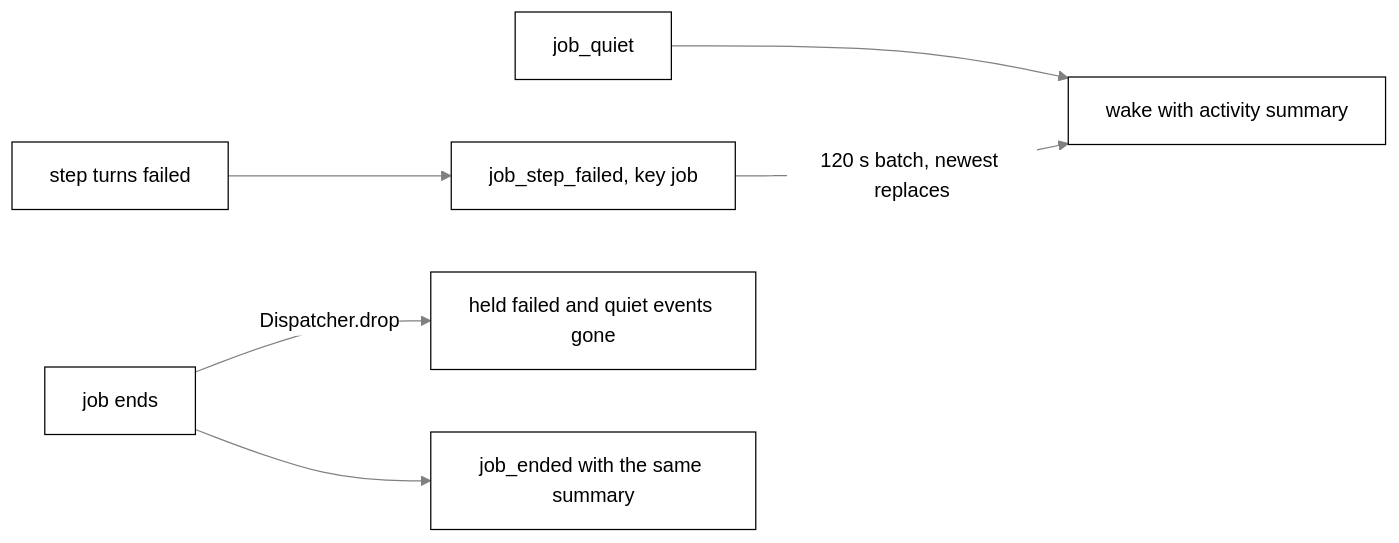
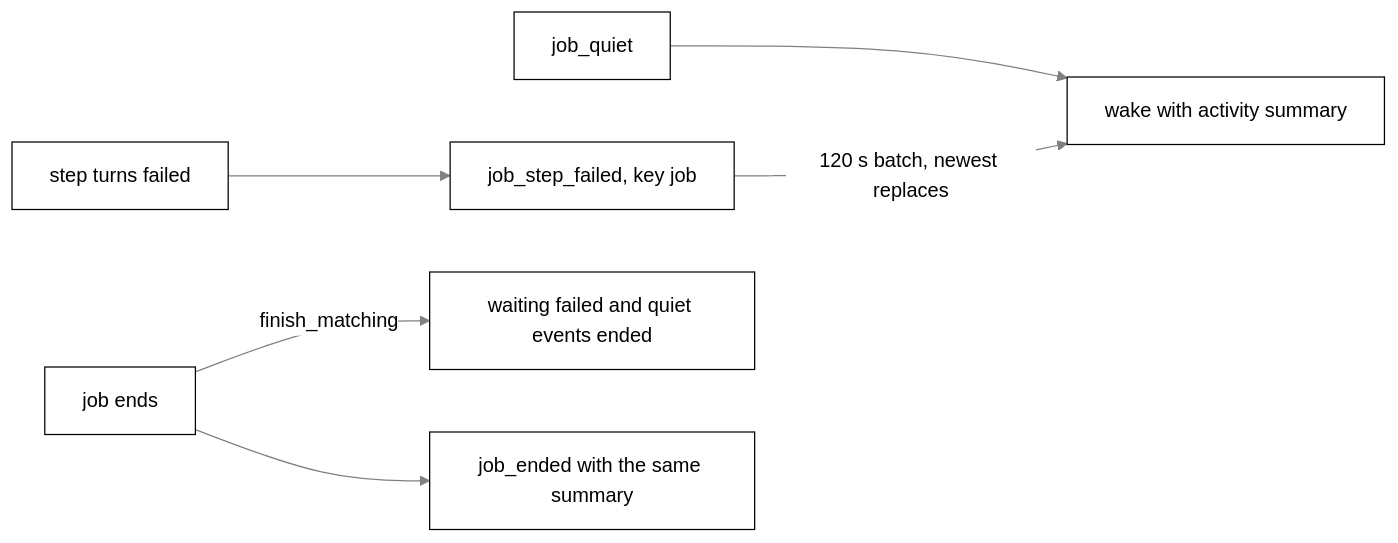
One commit to nadeem4/tagalong changed diagram 12 of 15 in docs/brain.md. Above: the diagram before and after it, drawn with Mermaid. The commit also changed other lines of this file and 49 other files, not shown here.

````diff
--- a/docs/brain.md
+++ b/docs/brain.md
@@ -1812,9 +1808,9 @@
 ```mermaid
 %%{init: {"theme": "base", "themeVariables": {"primaryColor": "#ffffff", "primaryTextColor": "#000000", "primaryBorderColor": "#000000", "lineColor": "#808080", "arrowheadColor": "#808080", "secondaryColor": "#f2f2f2", "tertiaryColor": "#ffffff", "clusterBkg": "#f7f7f7", "clusterBorder": "#808080", "edgeLabelBackground": "#ffffff", "titleColor": "#808080", "actorBkg": "#ffffff", "actorBorder": "#000000", "actorTextColor": "#000000", "actorLineColor": "#808080", "signalColor": "#808080", "signalTextColor": "#808080", "sequenceNumberColor": "#ffffff", "labelBoxBkgColor": "#ffffff", "labelBoxBorderColor": "#808080", "labelTextColor": "#000000", "loopTextColor": "#808080", "noteBkgColor": "#f7f7f7", "noteBorderColor": "#808080", "noteTextColor": "#000000", "activationBkgColor": "#f7f7f7", "activationBorderColor": "#808080", "fontFamily": "Segoe UI, Helvetica, Arial, sans-serif"}}}%%
 flowchart LR
     A[step turns failed] --> F[job_step_failed, key job]
     Q[job_quiet] --> W
     F -->|120 s batch, newest replaces| W[wake with activity summary]
-    J[job ends] -->|Dispatcher.drop| X[held failed and quiet events gone]
+    J[job ends] -->|finish_matching| X[waiting failed and quiet events ended]
     J --> E[job_ended with the same summary]
 ```
````
